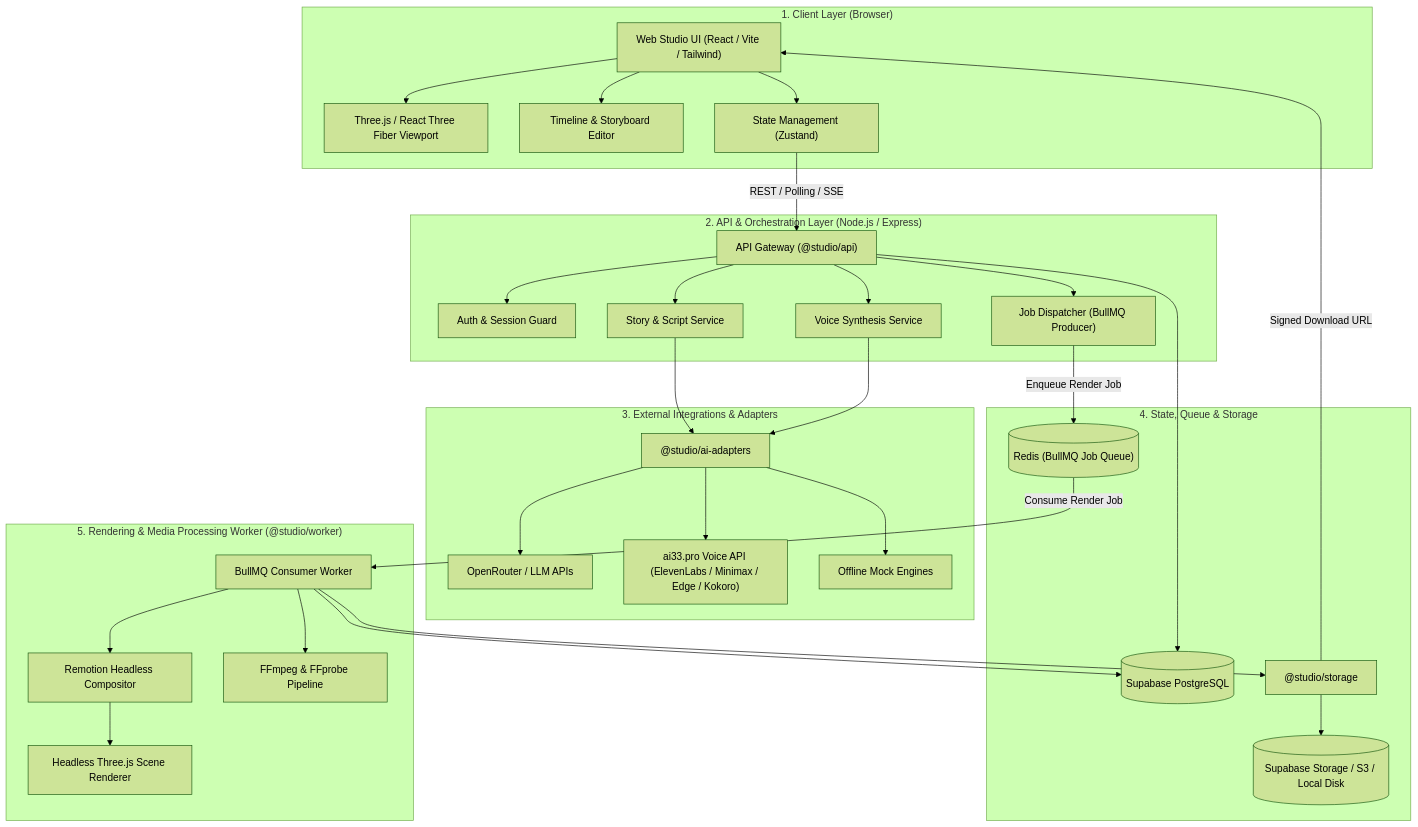
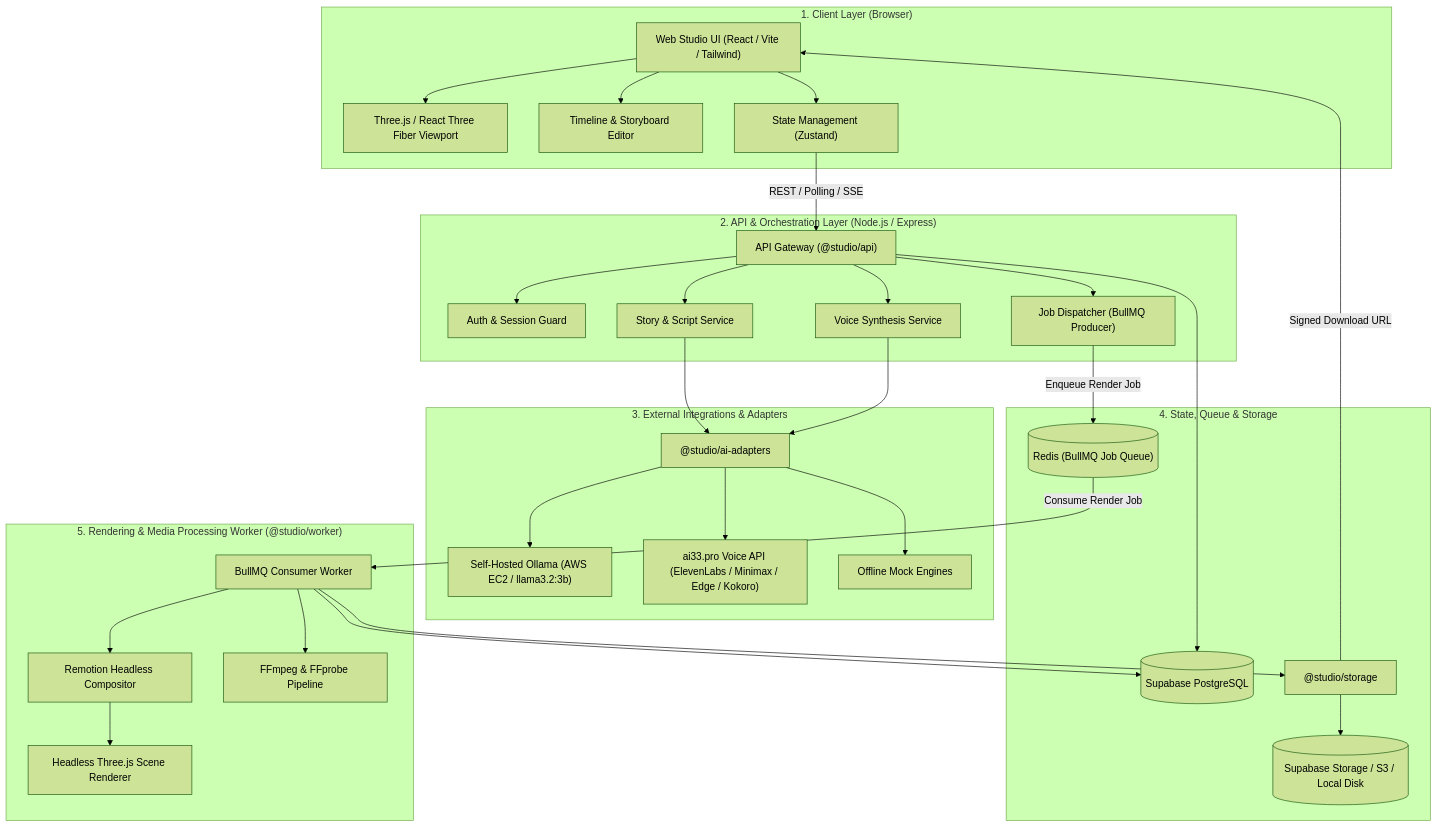
The first of 2 diagrams in docs/ARCHITECTURE.md (attunedigitals-source/3d-animated-shorts-studio), drawn with Mermaid (forest theme) before and after one commit. The commit also changed other lines of this file and 21 other files, not shown here.

Commit message:
feat(ai): remove OpenRouter provider and finalize self-hosted AWS Ollama primary integration

````diff
--- a/docs/ARCHITECTURE.md
+++ b/docs/ARCHITECTURE.md
@@ -18,63 +18,63 @@
 ```mermaid
 flowchart TD
     subgraph ClientLayer ["1. Client Layer (Browser)"]
         UI["Web Studio UI (React / Vite / Tailwind)"]
         R3F["Three.js / React Three Fiber Viewport"]
         Timeline["Timeline & Storyboard Editor"]
         State["State Management (Zustand)"]
         UI --> R3F
         UI --> Timeline
         UI --> State
     end
 
     subgraph ApiLayer ["2. API & Orchestration Layer (Node.js / Express)"]
         ApiServer["API Gateway (@studio/api)"]
         AuthGuard["Auth & Session Guard"]
         StoryService["Story & Script Service"]
         VoiceService["Voice Synthesis Service"]
         JobDispatcher["Job Dispatcher (BullMQ Producer)"]
         ApiServer --> AuthGuard
         ApiServer --> StoryService
         ApiServer --> VoiceService
         ApiServer --> JobDispatcher
     end
 
     subgraph ServiceIntegrations ["3. External Integrations & Adapters"]
         AIAdapters["@studio/ai-adapters"]
-        OpenRouter["OpenRouter / LLM APIs"]
+        OllamaLLM["Self-Hosted Ollama (AWS EC2 / llama3.2:3b)"]
         AI33Voice["ai33.pro Voice API (ElevenLabs / Minimax / Edge / Kokoro)"]
         MockEngines["Offline Mock Engines"]
-        AIAdapters --> OpenRouter
+        AIAdapters --> OllamaLLM
         AIAdapters --> AI33Voice
         AIAdapters --> MockEngines
     end
 
     subgraph DataQueueLayer ["4. State, Queue & Storage"]
         SupabaseDB[("Supabase PostgreSQL")]
         RedisQueue[("Redis (BullMQ Job Queue)")]
         StorageAdapter["@studio/storage"]
         ObjectStore[("Supabase Storage / S3 / Local Disk")]
         StorageAdapter --> ObjectStore
     end
 
     subgraph WorkerLayer ["5. Rendering & Media Processing Worker (@studio/worker)"]
         BullMQWorker["BullMQ Consumer Worker"]
         RemotionBundle["Remotion Headless Compositor"]
         Headless3D["Headless Three.js Scene Renderer"]
         FFmpegProc["FFmpeg & FFprobe Pipeline"]
         BullMQWorker --> RemotionBundle
         RemotionBundle --> Headless3D
         BullMQWorker --> FFmpegProc
     end
 
     %% Interactions
     State -- "REST / Polling / SSE" --> ApiServer
     StoryService --> AIAdapters
     VoiceService --> AIAdapters
     ApiServer --> SupabaseDB
     JobDispatcher -- "Enqueue Render Job" --> RedisQueue
     RedisQueue -- "Consume Render Job" --> BullMQWorker
     BullMQWorker --> SupabaseDB
     BullMQWorker --> StorageAdapter
     StorageAdapter -- "Signed Download URL" --> UI
 ```
````
